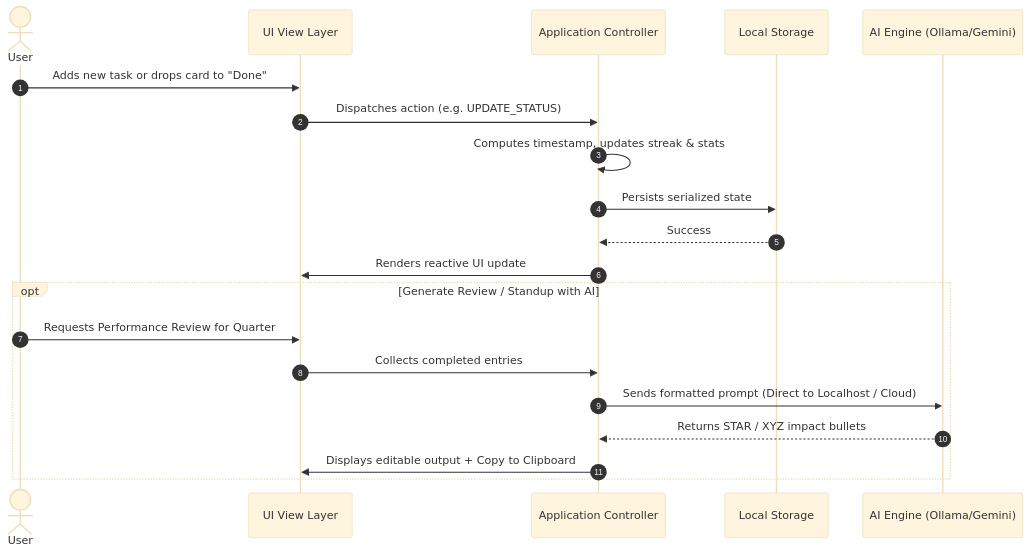
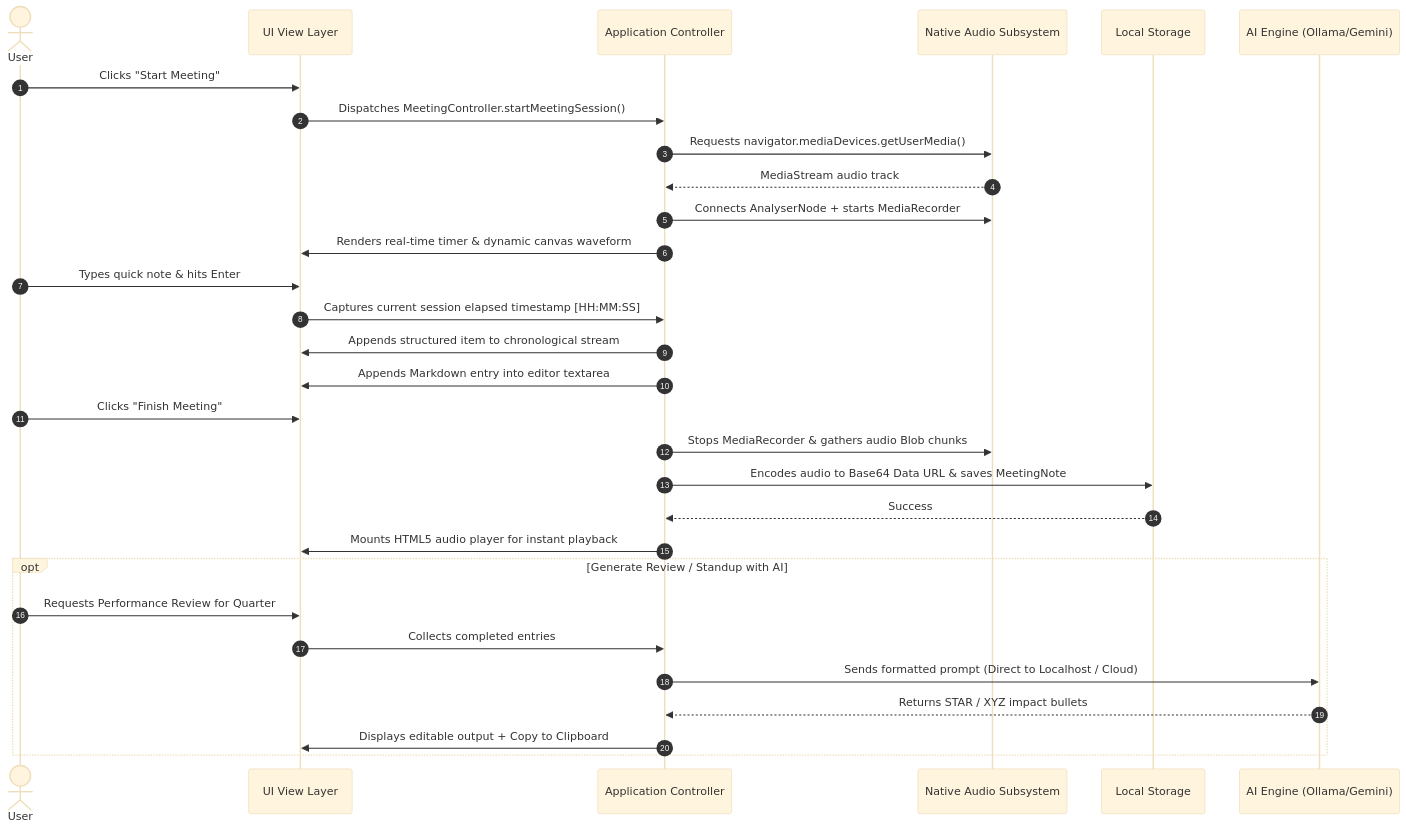
The third of 4 diagrams in ARCHITECTURE.md (yogaardiansyah/bragbook), drawn with Mermaid (base theme) before and after one commit. The commit also changed other lines of this file and 27 other files, not shown here.

````diff
--- a/ARCHITECTURE.md
+++ b/ARCHITECTURE.md
@@ -56,24 +105,36 @@
 ```mermaid
 sequenceDiagram
     autonumber
     actor User
     participant View as UI View Layer
     participant Core as Application Controller
+    participant Audio as Native Audio Subsystem
     participant Storage as Local Storage
     participant AI as AI Engine (Ollama/Gemini)
 
-    User->>View: Adds new task or drops card to "Done"
-    View->>Core: Dispatches action (e.g. UPDATE_STATUS)
-    Core->>Core: Computes timestamp, updates streak & stats
-    Core->>Storage: Persists serialized state
+    User->>View: Clicks "Start Meeting"
+    View->>Core: Dispatches MeetingController.startMeetingSession()
+    Core->>Audio: Requests navigator.mediaDevices.getUserMedia()
+    Audio-->>Core: MediaStream audio track
+    Core->>Audio: Connects AnalyserNode + starts MediaRecorder
+    Core->>View: Renders real-time timer & dynamic canvas waveform
+
+    User->>View: Types quick note & hits Enter
+    View->>Core: Captures current session elapsed timestamp [HH:MM:SS]
+    Core->>View: Appends structured item to chronological stream
+    Core->>View: Appends Markdown entry into editor textarea
+
+    User->>View: Clicks "Finish Meeting"
+    Core->>Audio: Stops MediaRecorder & gathers audio Blob chunks
+    Core->>Storage: Encodes audio to Base64 Data URL & saves MeetingNote
     Storage-->>Core: Success
-    Core->>View: Renders reactive UI update
+    Core->>View: Mounts HTML5 audio player for instant playback
 
     opt Generate Review / Standup with AI
         User->>View: Requests Performance Review for Quarter
         View->>Core: Collects completed entries
         Core->>AI: Sends formatted prompt (Direct to Localhost / Cloud)
         AI-->>Core: Returns STAR / XYZ impact bullets
         Core->>View: Displays editable output + Copy to Clipboard
     end
 ```
````
